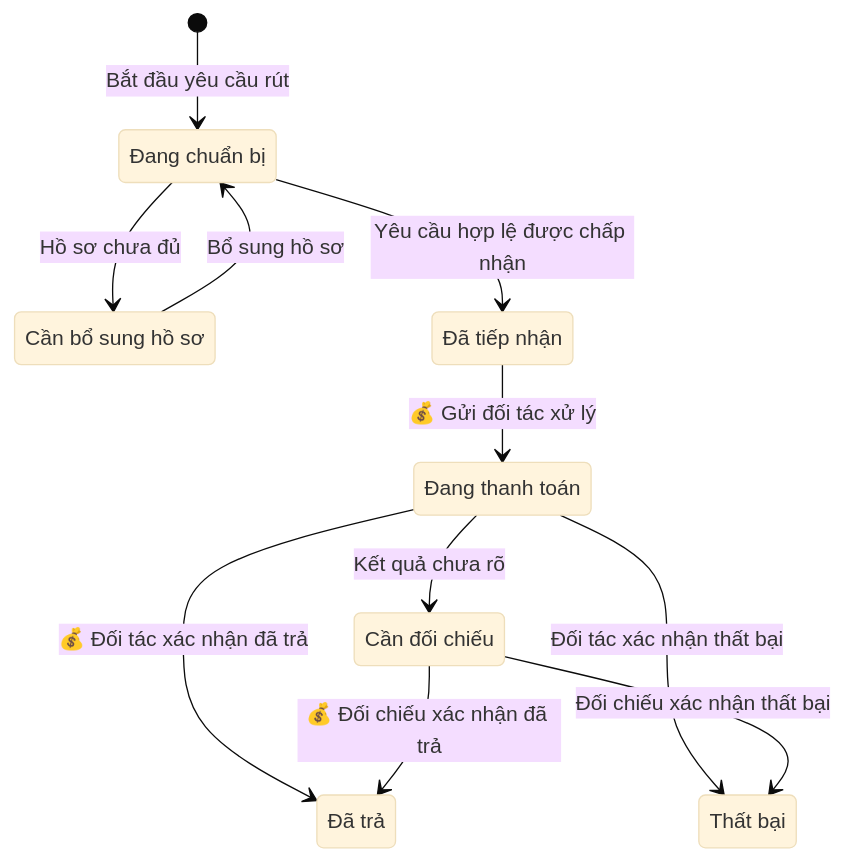
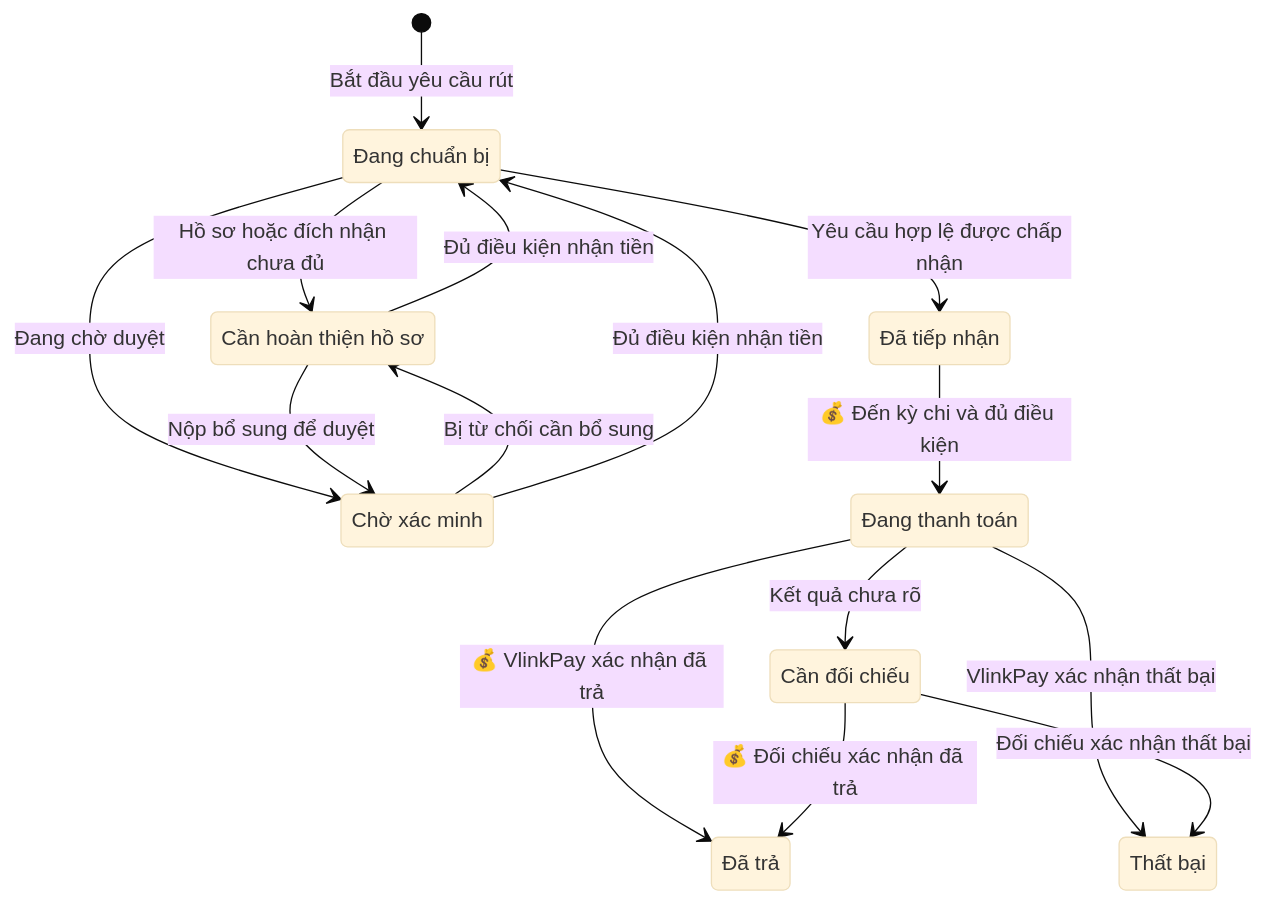
Diagram 13 of 13 in nexora/docs/business/business-oneqr-earnings.md (vlink-group/VlinkPay), drawn with Mermaid (base theme) before and after one commit. The commit also changed other lines of this file and 5 other files, not shown here.

Commit message:
docs(1599): kế thừa PO cũ và bổ sung rút qua VlinkPay

````diff
--- a/nexora/docs/business/business-oneqr-earnings.md
+++ b/nexora/docs/business/business-oneqr-earnings.md
@@ -364,20 +516,25 @@
 ```mermaid
 stateDiagram-v2
     state "Đang chuẩn bị" as Draft
-    state "Cần bổ sung hồ sơ" as Missing
+    state "Cần hoàn thiện hồ sơ" as Missing
+    state "Chờ xác minh" as Verifying
     state "Đã tiếp nhận" as Accepted
     state "Đang thanh toán" as Processing
     state "Cần đối chiếu" as Unknown
     state "Đã trả" as Paid
     state "Thất bại" as Failed
     [*] --> Draft : Bắt đầu yêu cầu rút
-    Draft --> Missing : Hồ sơ chưa đủ
-    Missing --> Draft : Bổ sung hồ sơ
+    Draft --> Missing : Hồ sơ hoặc đích nhận chưa đủ
+    Draft --> Verifying : Đang chờ duyệt
+    Missing --> Verifying : Nộp bổ sung để duyệt
+    Missing --> Draft : Đủ điều kiện nhận tiền
+    Verifying --> Missing : Bị từ chối cần bổ sung
+    Verifying --> Draft : Đủ điều kiện nhận tiền
     Draft --> Accepted : Yêu cầu hợp lệ được chấp nhận
-    Accepted --> Processing : 💰 Gửi đối tác xử lý
+    Accepted --> Processing : 💰 Đến kỳ chi và đủ điều kiện
     Processing --> Unknown : Kết quả chưa rõ
-    Processing --> Paid : 💰 Đối tác xác nhận đã trả
+    Processing --> Paid : 💰 VlinkPay xác nhận đã trả
     Unknown --> Paid : 💰 Đối chiếu xác nhận đã trả
-    Processing --> Failed : Đối tác xác nhận thất bại
+    Processing --> Failed : VlinkPay xác nhận thất bại
     Unknown --> Failed : Đối chiếu xác nhận thất bại
 ```
````
